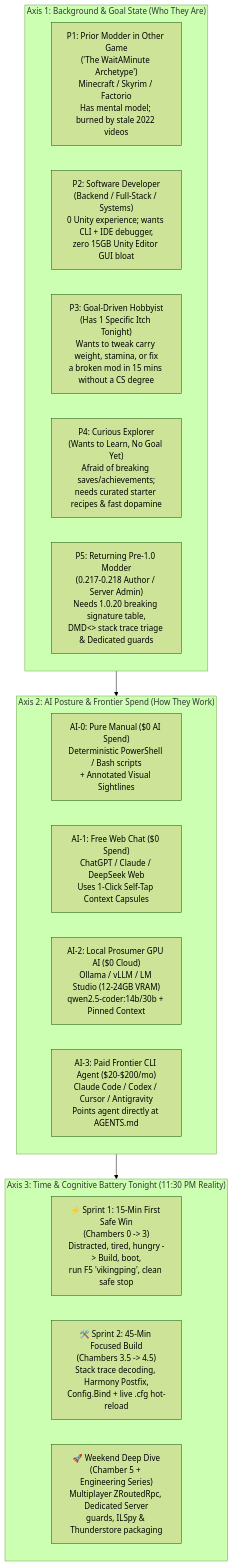
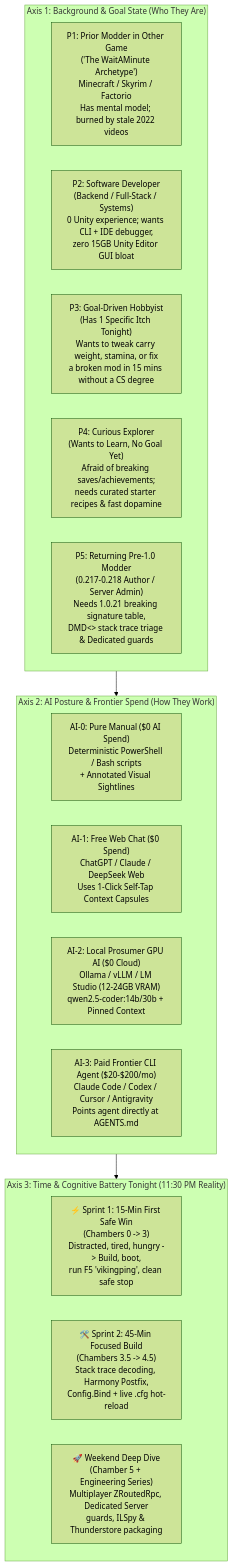
The first of 2 diagrams in product/01-CUSTOMER-PERSONAS-AND-ECONOMICS.md (djcdevelopment/valheim-modding-101), drawn with Mermaid (forest theme) before and after one commit. The commit also changed other lines of this file and 33 other files, not shown here.

````diff
--- a/product/01-CUSTOMER-PERSONAS-AND-ECONOMICS.md
+++ b/product/01-CUSTOMER-PERSONAS-AND-ECONOMICS.md
@@ -9,25 +9,25 @@
 ```mermaid
 flowchart TD
     subgraph Axis1 ["Axis 1: Background & Goal State (Who They Are)"]
         P1["P1: Prior Modder in Other Game\n('The WaitAMinute Archetype')\nMinecraft / Skyrim / Factorio\nHas mental model; burned by stale 2022 videos"]
         P2["P2: Software Developer\n(Backend / Full-Stack / Systems)\n0 Unity experience; wants CLI + IDE debugger,\nzero 15GB Unity Editor GUI bloat"]
         P3["P3: Goal-Driven Hobbyist\n(Has 1 Specific Itch Tonight)\nWants to tweak carry weight, stamina, or fix\na broken mod in 15 mins without a CS degree"]
         P4["P4: Curious Explorer\n(Wants to Learn, No Goal Yet)\nAfraid of breaking saves/achievements;\nneeds curated starter recipes & fast dopamine"]
-        P5["P5: Returning Pre-1.0 Modder\n(0.217-0.218 Author / Server Admin)\nNeeds 1.0.20 breaking signature table,\nDMD<> stack trace triage & Dedicated guards"]
+        P5["P5: Returning Pre-1.0 Modder\n(0.217-0.218 Author / Server Admin)\nNeeds 1.0.21 breaking signature table,\nDMD<> stack trace triage & Dedicated guards"]
     end
 
     subgraph Axis2 ["Axis 2: AI Posture & Frontier Spend (How They Work)"]
         AI0["AI-0: Pure Manual ($0 AI Spend)\nDeterministic PowerShell / Bash scripts\n+ Annotated Visual Sightlines"]
         AI1["AI-1: Free Web Chat ($0 Spend)\nChatGPT / Claude / DeepSeek Web\nUses 1-Click Self-Tap Context Capsules"]
         AI2["AI-2: Local Prosumer GPU AI ($0 Cloud)\nOllama / vLLM / LM Studio (12-24GB VRAM)\nqwen2.5-coder:14b/30b + Pinned Context"]
         AI3["AI-3: Paid Frontier CLI Agent ($20-$200/mo)\nClaude Code / Codex / Cursor / Antigravity\nPoints agent directly at AGENTS.md"]
     end
 
     subgraph Axis3 ["Axis 3: Time & Cognitive Battery Tonight (11:30 PM Reality)"]
         T1["⚡ Sprint 1: 15-Min First Safe Win\n(Chambers 0 -> 3)\nDistracted, tired, hungry -> Build, boot,\nrun F5 'vikingping', clean safe stop"]
         T2["🛠️ Sprint 2: 45-Min Focused Build\n(Chambers 3.5 -> 4.5)\nStack trace decoding, Harmony Postfix,\nConfig.Bind + live .cfg hot-reload"]
         T3["🚀 Weekend Deep Dive\n(Chamber 5 + Engineering Series)\nMultiplayer ZRoutedRpc, Dedicated Server\nguards, ILSpy & Thunderstore packaging"]
     end
 
     Axis1 --> Axis2 --> Axis3
 ```
````
